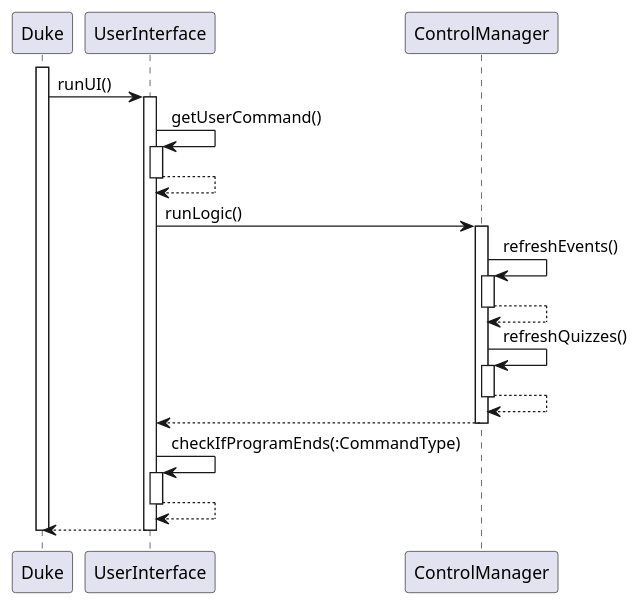
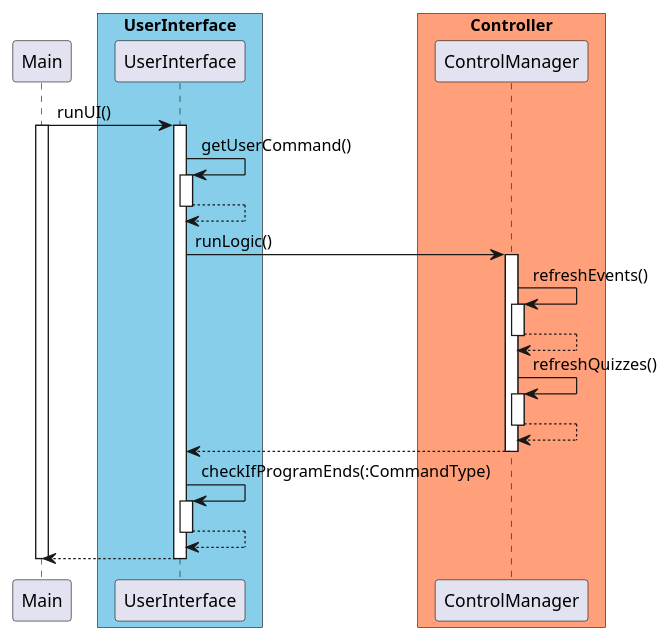
One commit to untitle4/tp changed the diagram in docs/design/StorageSequence.puml. Above: the diagram before and after it, drawn with PlantUML. The commit also changed 12 other files, not shown here.

Commit message:
Update uml diagrams to support colors

```diff
--- a/docs/design/StorageSequence.puml
+++ b/docs/design/StorageSequence.puml
@@ -1,31 +1,44 @@
 @startuml
 
-activate Duke
-Duke -> UserInterface : runUI()
+skinparam ParticipantPadding 10
+skinparam BoxPadding 5
+
+participant Main
+
+box "UserInterface" #skyblue
+participant UserInterface
+end box
+
+box "Controller" #LightSalmon
+participant ControlManager
+end box
+
+Main -> UserInterface : runUI()
+activate Main
 activate UserInterface
 UserInterface -> UserInterface : getUserCommand()
 activate UserInterface
 UserInterface --> UserInterface
 deactivate UserInterface
 UserInterface -> ControlManager : runLogic()
 activate ControlManager
 ControlManager -> ControlManager : refreshEvents()
 activate ControlManager
 ControlManager --> ControlManager
 deactivate ControlManager
 ControlManager -> ControlManager : refreshQuizzes()
 activate ControlManager
 ControlManager --> ControlManager
 deactivate ControlManager
 ControlManager --> UserInterface
 deactivate ControlManager
 UserInterface -> UserInterface : checkIfProgramEnds(:CommandType)
 activate UserInterface
 UserInterface --> UserInterface
 deactivate UserInterface
 deactivate ControlManager
-UserInterface --> Duke
+UserInterface --> Main
 deactivate UserInterface
-deactivate Duke
+deactivate Main
 
 @enduml
```
